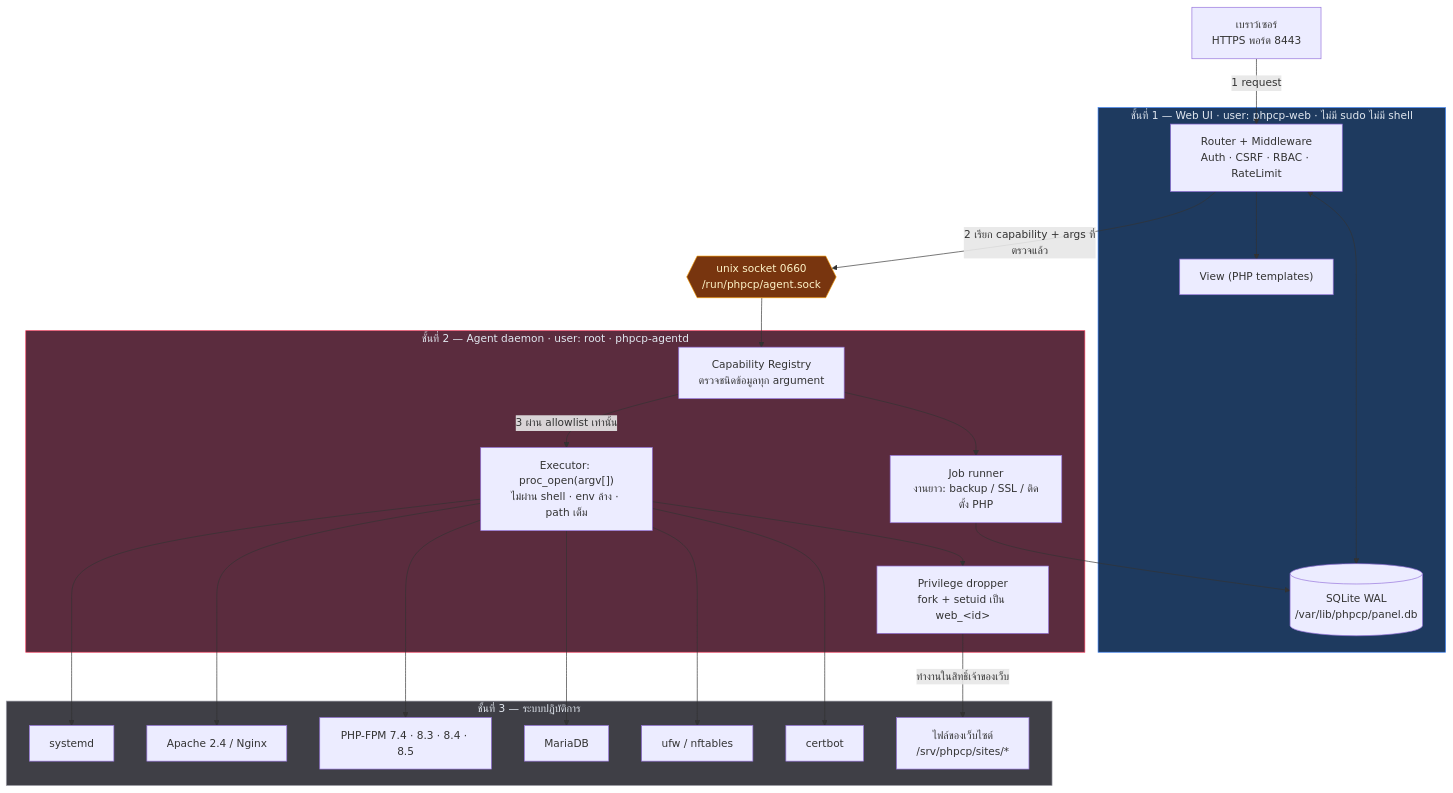
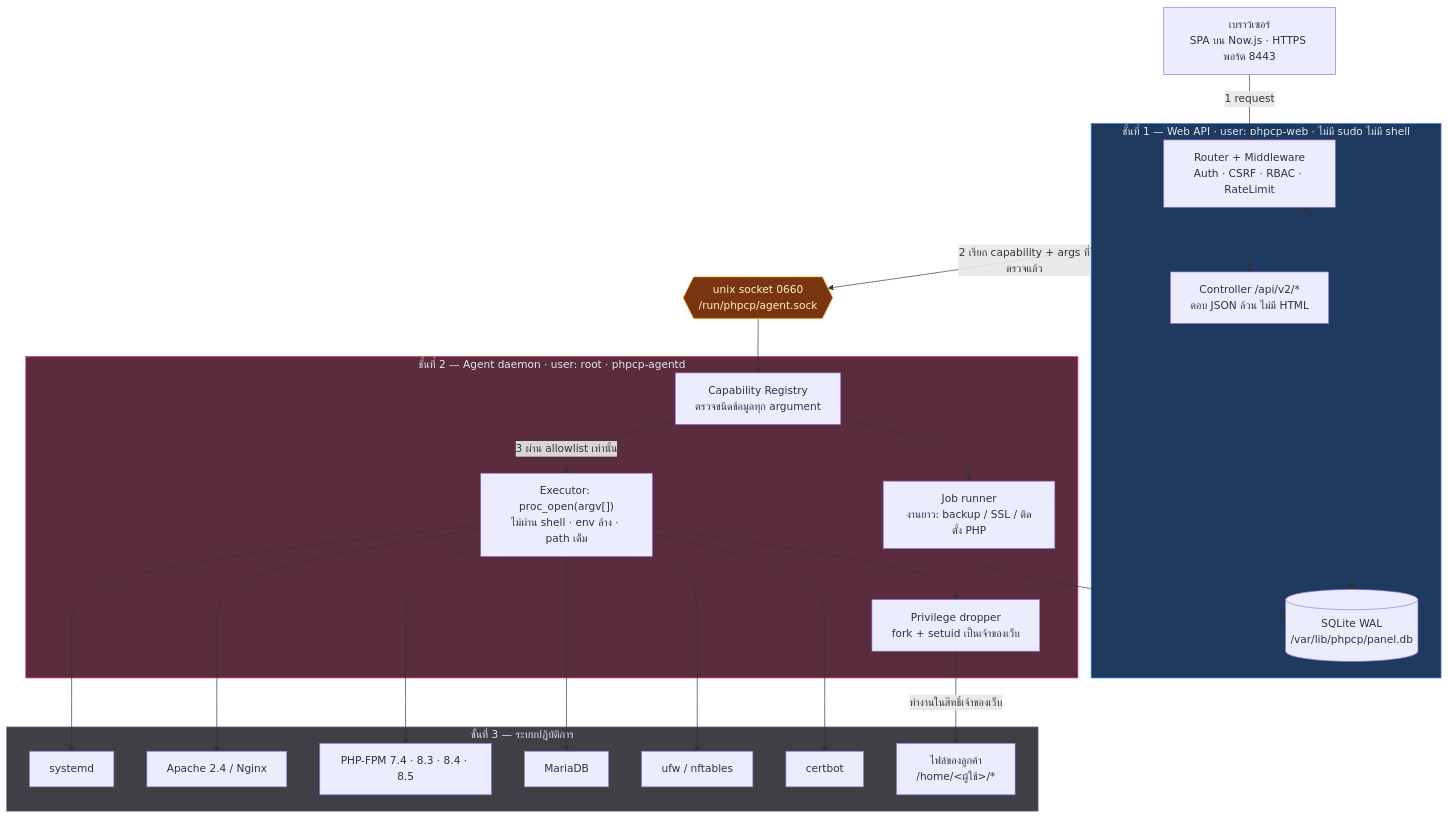
The diagram in docs/ARCHITECTURE.md (goragodwiriya/blupanel), drawn with Mermaid before and after one commit. The commit also changed other lines of this file and 13 other files, not shown here.

````diff
--- a/docs/ARCHITECTURE.md
+++ b/docs/ARCHITECTURE.md
@@ -32,46 +33,46 @@
 ```mermaid
 flowchart TB
-    B["เบราว์เซอร์<br/>HTTPS พอร์ต 8443"]
+    B["เบราว์เซอร์<br/>SPA บน Now.js · HTTPS พอร์ต 8443"]
 
-    subgraph T1["ชั้นที่ 1 — Web UI · user: phpcp-web · ไม่มี sudo ไม่มี shell"]
+    subgraph T1["ชั้นที่ 1 — Web API · user: phpcp-web · ไม่มี sudo ไม่มี shell"]
         R["Router + Middleware<br/>Auth · CSRF · RBAC · RateLimit"]
-        V["View (PHP templates)"]
+        V["Controller /api/v2/*<br/>ตอบ JSON ล้วน ไม่มี HTML"]
         DB[("SQLite WAL<br/>/var/lib/phpcp/panel.db")]
     end
 
     S{{"unix socket 0660<br/>/run/phpcp/agent.sock"}}
 
     subgraph T2["ชั้นที่ 2 — Agent daemon · user: root · phpcp-agentd"]
         VAL["Capability Registry<br/>ตรวจชนิดข้อมูลทุก argument"]
         EXE["Executor: proc_open(argv[])<br/>ไม่ผ่าน shell · env ล้าง · path เต็ม"]
-        DROP["Privilege dropper<br/>fork + setuid เป็น web_&lt;id&gt;"]
+        DROP["Privilege dropper<br/>fork + setuid เป็นเจ้าของเว็บ"]
         JOB["Job runner<br/>งานยาว: backup / SSL / ติดตั้ง PHP"]
     end
 
     subgraph T3["ชั้นที่ 3 — ระบบปฏิบัติการ"]
         SYS["systemd"]
         WS["Apache 2.4 / Nginx"]
         FPM["PHP-FPM 7.4 · 8.3 · 8.4 · 8.5"]
         MDB["MariaDB"]
         FW["ufw / nftables"]
         CB["certbot"]
-        FS["ไฟล์ของเว็บไซต์<br/>/srv/phpcp/sites/*"]
+        FS["ไฟล์ของลูกค้า<br/>/home/&lt;ผู้ใช้&gt;/*"]
     end
 
     B -->|"1 request"| R
     R --> V
     R <--> DB
     R -->|"2 เรียก capability + args ที่ตรวจแล้ว"| S
     S --> VAL
     VAL -->|"3 ผ่าน allowlist เท่านั้น"| EXE
     VAL --> JOB
     EXE --> DROP
     EXE --> SYS & WS & FPM & MDB & FW & CB
     DROP -->|"ทำงานในสิทธิ์เจ้าของเว็บ"| FS
     JOB --> DB
 
     style T1 fill:#1e3a5f,stroke:#3b82f6,color:#e2e8f0
     style T2 fill:#5b2c3e,stroke:#f43f5e,color:#e2e8f0
     style T3 fill:#3f3f46,stroke:#a1a1aa,color:#e2e8f0
     style S fill:#78350f,stroke:#f59e0b,color:#fef3c7
 ```
````
